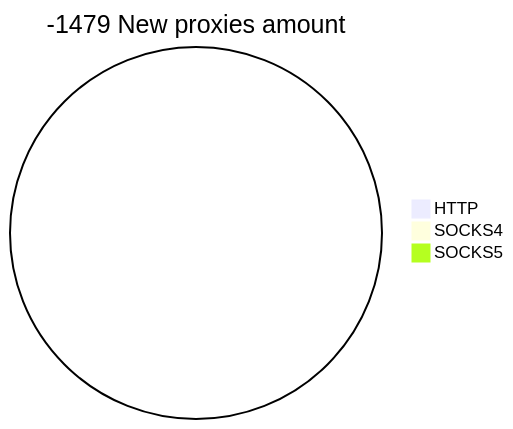
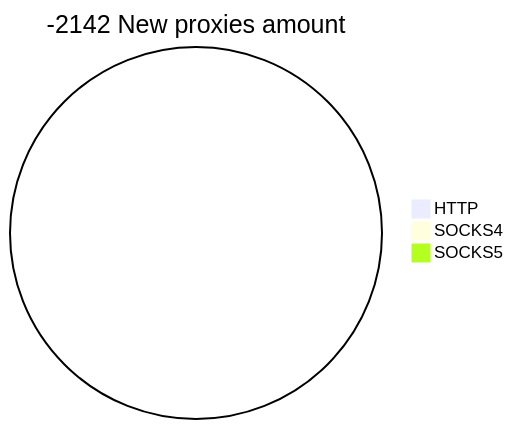
Before and after one commit to cutipu/proxylist: the second of 2 diagrams in README.md, drawn with Mermaid. The commit also changed other lines of this file, not shown here.

````diff
--- a/README.md
+++ b/README.md
@@ -10,6 +10,6 @@
 ```mermaid
-pie title -1479 New proxies amount
+pie title -2142 New proxies amount
     "HTTP" : 0
     "SOCKS4" : 0
     "SOCKS5" : 0
 ```
````
